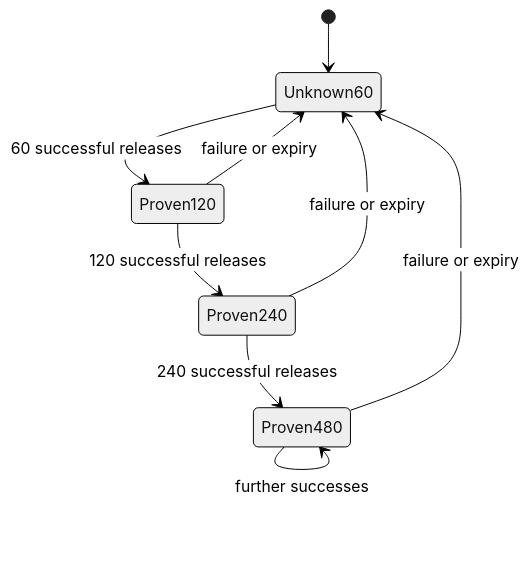
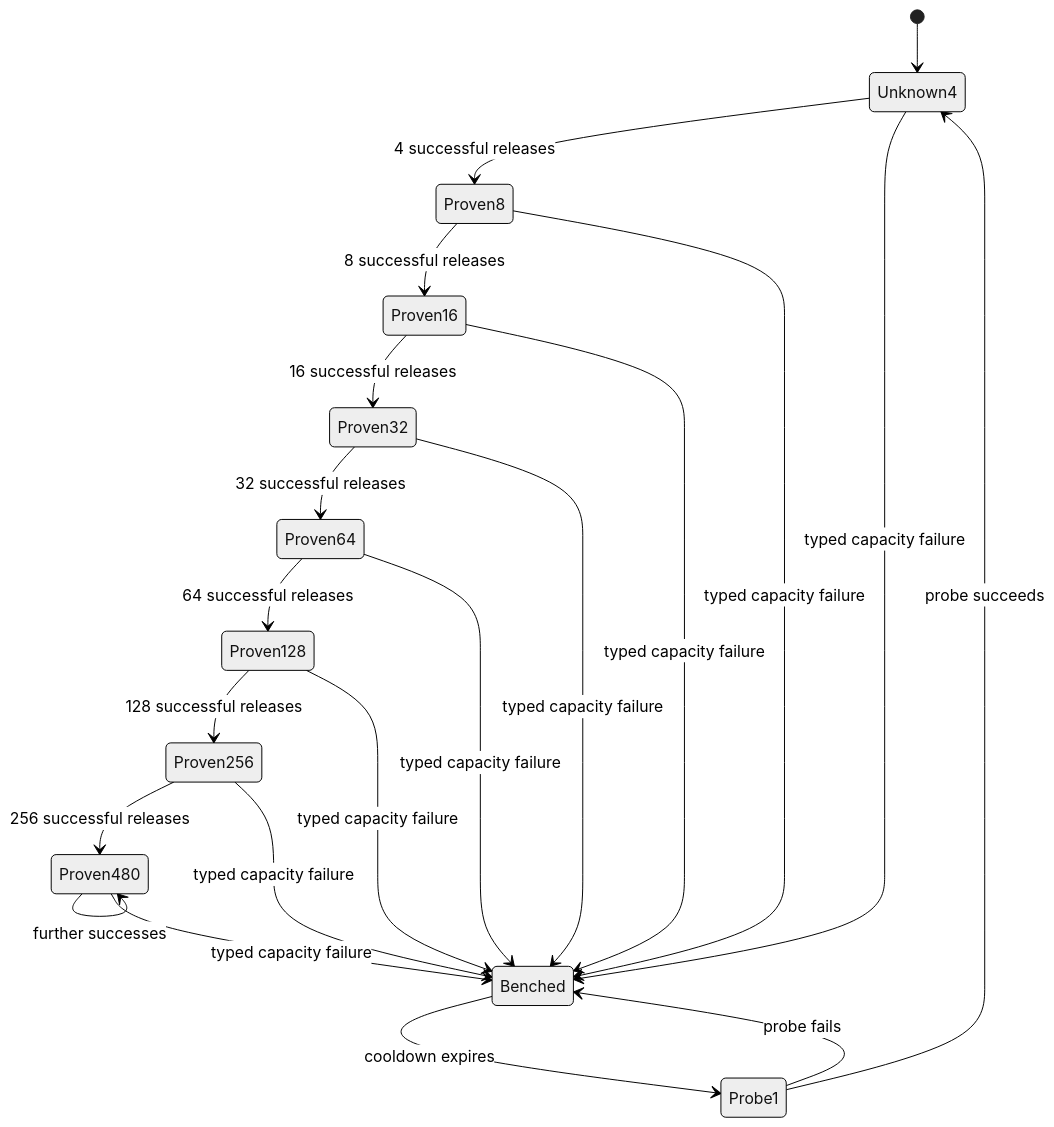
One commit to FreCap/skypilot changed the second of 2 diagrams in docs/designs/serve-paid-placement-cohort.md. Above: the diagram before and after it, drawn with Mermaid (neutral theme). The commit also changed other lines of this file and 25 other files, not shown here.

````diff
--- a/docs/designs/serve-paid-placement-cohort.md
+++ b/docs/designs/serve-paid-placement-cohort.md
@@ -188,11 +230,23 @@
 ```mermaid
 stateDiagram-v2
-    [*] --> Unknown60
-    Unknown60 --> Proven120: 60 successful releases
-    Proven120 --> Proven240: 120 successful releases
-    Proven240 --> Proven480: 240 successful releases
+    [*] --> Unknown4
+    Unknown4 --> Proven8: 4 successful releases
+    Proven8 --> Proven16: 8 successful releases
+    Proven16 --> Proven32: 16 successful releases
+    Proven32 --> Proven64: 32 successful releases
+    Proven64 --> Proven128: 64 successful releases
+    Proven128 --> Proven256: 128 successful releases
+    Proven256 --> Proven480: 256 successful releases
     Proven480 --> Proven480: further successes
-    Proven120 --> Unknown60: failure or expiry
-    Proven240 --> Unknown60: failure or expiry
-    Proven480 --> Unknown60: failure or expiry
+    Unknown4 --> Benched: typed capacity failure
+    Proven8 --> Benched: typed capacity failure
+    Proven16 --> Benched: typed capacity failure
+    Proven32 --> Benched: typed capacity failure
+    Proven64 --> Benched: typed capacity failure
+    Proven128 --> Benched: typed capacity failure
+    Proven256 --> Benched: typed capacity failure
+    Proven480 --> Benched: typed capacity failure
+    Benched --> Probe1: cooldown expires
+    Probe1 --> Unknown4: probe succeeds
+    Probe1 --> Benched: probe fails
 ```
````
